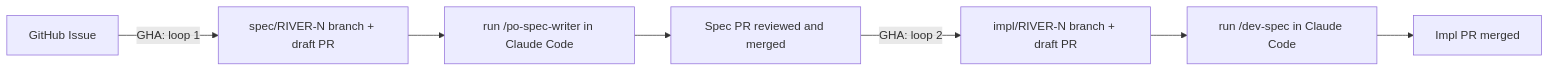
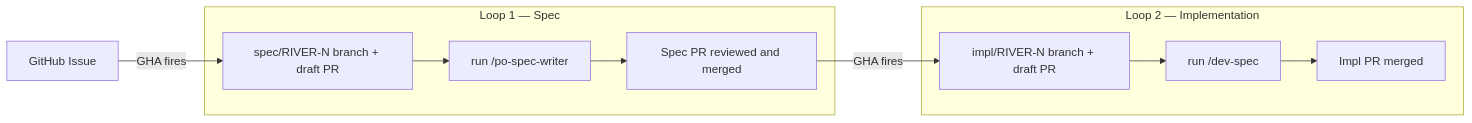
The diagram in README.md (bsterligov/river-spec), drawn with Mermaid before and after one commit. The commit also changed other lines of this file and 2 other files, not shown here.

Commit message:
docs: add usage notice & update usage & spec

````diff
--- a/README.md
+++ b/README.md
@@ -21,9 +37,18 @@
 ```mermaid
 flowchart LR
-    A[GitHub Issue] -->|GHA: loop 1| B["spec/RIVER-N branch + draft PR"]
-    B --> C["run /po-spec-writer in Claude Code"]
-    C --> D[Spec PR reviewed and merged]
-    D -->|GHA: loop 2| E["impl/RIVER-N branch + draft PR"]
-    E --> F["run /dev-spec in Claude Code"]
-    F --> G[Impl PR merged]
+    A[GitHub Issue] -->|GHA fires| B
+
+    subgraph L1["Loop 1 — Spec"]
+        B["spec/RIVER-N branch + draft PR"]
+        B --> C["run /po-spec-writer"]
+        C --> D[Spec PR reviewed and merged]
+    end
+
+    D -->|GHA fires| E
+
+    subgraph L2["Loop 2 — Implementation"]
+        E["impl/RIVER-N branch + draft PR"]
+        E --> F["run /dev-spec"]
+        F --> G[Impl PR merged]
+    end
 ```
````
